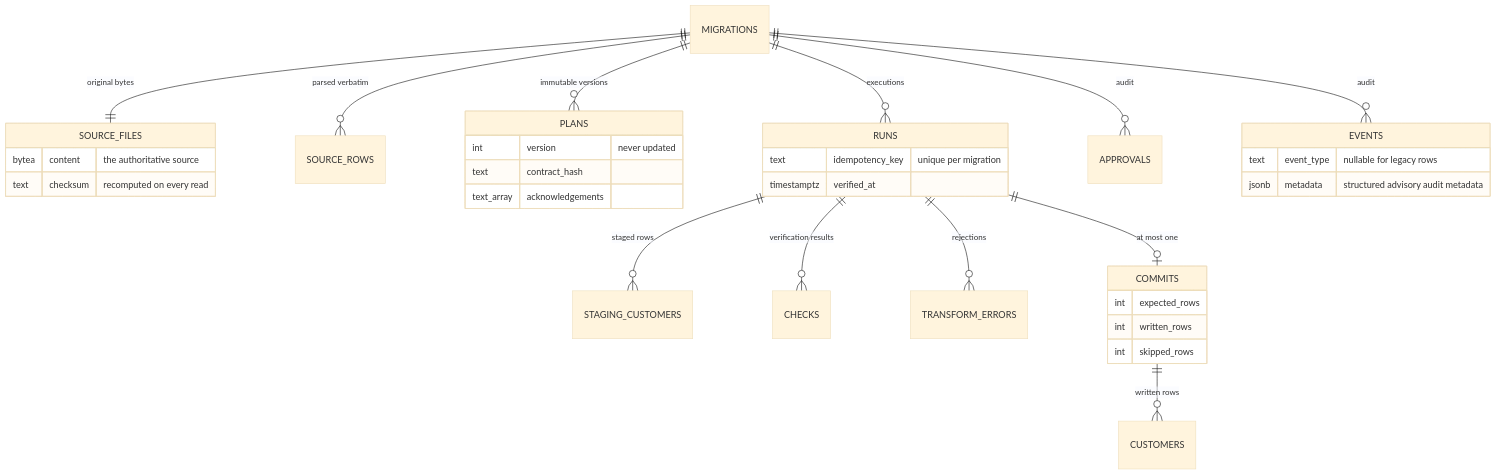
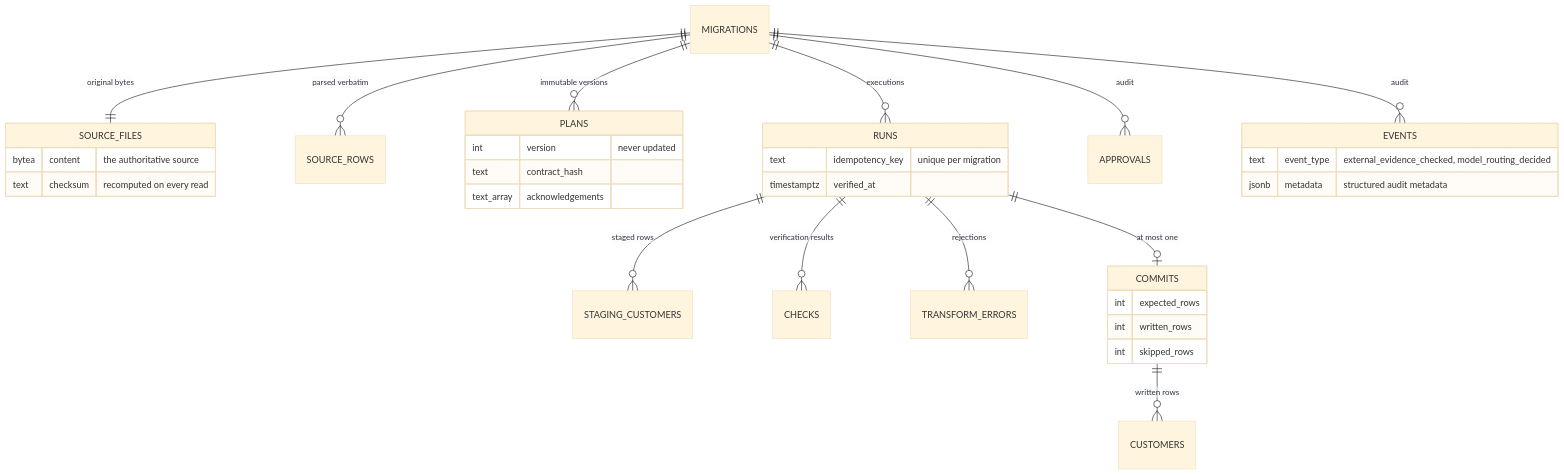
One commit to wiqilee/Moveproof changed the sixth of 6 diagrams in README.md. Above: the diagram before and after it, drawn with Mermaid (base theme). The commit also changed other lines of this file, not shown here.

````diff
--- a/README.md
+++ b/README.md
@@ -492,37 +656,37 @@
 ```mermaid
 erDiagram
     MIGRATIONS ||--|| SOURCE_FILES : "original bytes"
     MIGRATIONS ||--o{ SOURCE_ROWS : "parsed verbatim"
     MIGRATIONS ||--o{ PLANS : "immutable versions"
     MIGRATIONS ||--o{ RUNS : "executions"
     MIGRATIONS ||--o{ APPROVALS : "audit"
     MIGRATIONS ||--o{ EVENTS : "audit"
     RUNS ||--o{ STAGING_CUSTOMERS : "staged rows"
     RUNS ||--o{ CHECKS : "verification results"
     RUNS ||--o{ TRANSFORM_ERRORS : "rejections"
     RUNS ||--o| COMMITS : "at most one"
     COMMITS ||--o{ CUSTOMERS : "written rows"
 
     SOURCE_FILES {
         bytea content "the authoritative source"
         text checksum "recomputed on every read"
     }
     PLANS {
         int version "never updated"
         text contract_hash
         text_array acknowledgements
     }
     RUNS {
         text idempotency_key "unique per migration"
         timestamptz verified_at
     }
     EVENTS {
-        text event_type "nullable for legacy rows"
-        jsonb metadata "structured advisory audit metadata"
+        text event_type "external_evidence_checked, model_routing_decided"
+        jsonb metadata "structured audit metadata"
     }
     COMMITS {
         int expected_rows
         int written_rows
         int skipped_rows
     }
 ```
````
